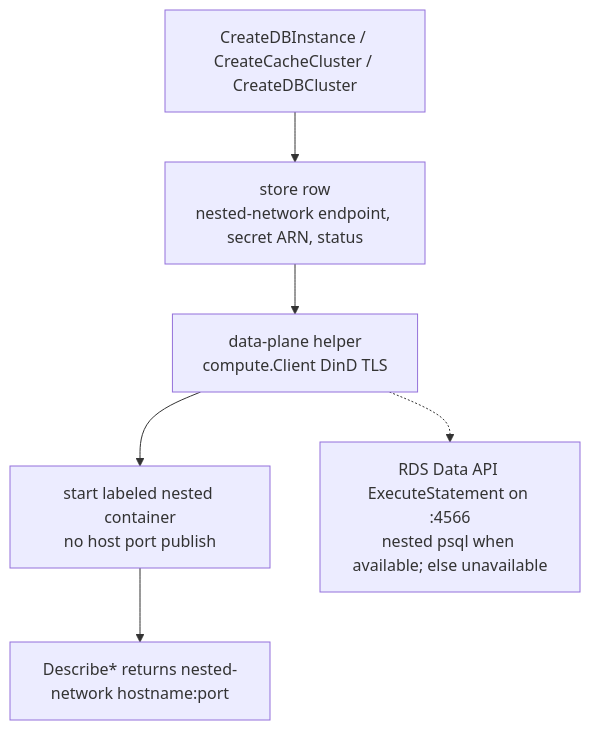
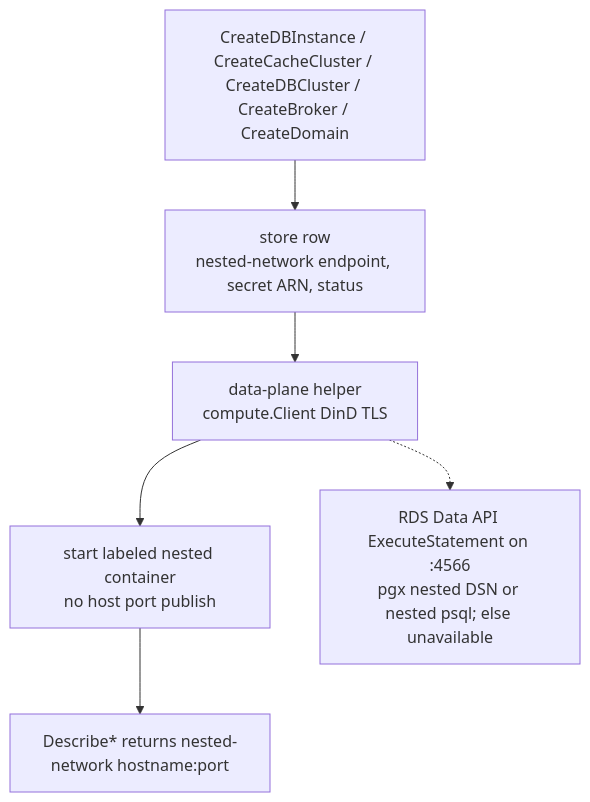
One commit to Kyaxris-Labs/Noctaxris changed the second of 2 diagrams in docs/architecture.md. Above: the diagram before and after it, drawn with Mermaid. The commit also changed other lines of this file and 67 other files, not shown here.

````diff
--- a/docs/architecture.md
+++ b/docs/architecture.md
@@ -92,12 +92,12 @@
 ```mermaid
 flowchart TD
-  Create["CreateDBInstance / CreateCacheCluster / CreateDBCluster"]
+  Create["CreateDBInstance / CreateCacheCluster / CreateDBCluster / CreateBroker / CreateDomain"]
   Store["store row<br/>nested-network endpoint, secret ARN, status"]
   Helper["data-plane helper<br/>compute.Client DinD TLS"]
   Start["start labeled nested container<br/>no host port publish"]
   Describe["Describe* returns nested-network hostname:port"]
-  DataAPI["RDS Data API ExecuteStatement on :4566<br/>nested psql when available; else unavailable"]
+  DataAPI["RDS Data API ExecuteStatement on :4566<br/>pgx nested DSN or nested psql; else unavailable"]
 
   Create --> Store --> Helper --> Start --> Describe
   Helper -.-> DataAPI
 ```
````
